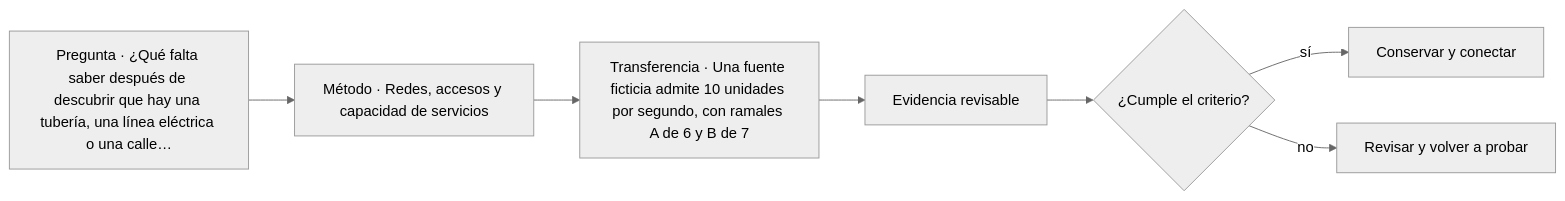
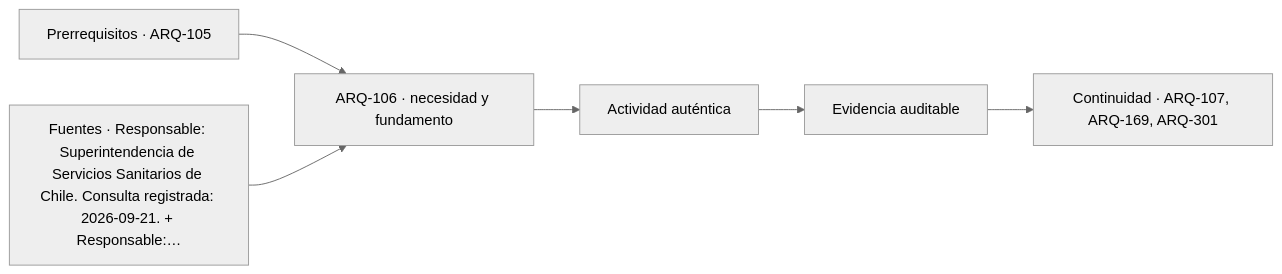
The diagram in classes/parte-11/ARQ-106.md (vladimiracunadev-create/architecture-built-environment-learning-program), drawn with Mermaid (neutral theme) before and after one commit. The commit also changed other lines of this file and 761 other files, not shown here.

````diff
--- a/classes/parte-11/ARQ-106.md
+++ b/classes/parte-11/ARQ-106.md
@@ -122,9 +134,8 @@
 ```mermaid
 flowchart LR
-    Q["Pregunta · ¿Qué falta saber después de descubrir que hay una tubería, una línea eléctrica o una calle…"] --> M["Método · Redes, accesos y capacidad de servicios"]
-    M --> P["Transferencia · Una fuente ficticia admite 10 unidades por segundo, con ramales A de 6 y B de 7"]
-    P --> E["Evidencia revisable"]
-    E --> C{"¿Cumple el criterio?"}
-    C -->|sí| T["Conservar y conectar"]
-    C -->|no| R["Revisar y volver a probar"]
+    A["Prerrequisitos · ARQ-105"] --> B["ARQ-106 · necesidad y fundamento"]
+    S["Fuentes · Responsable: Superintendencia de Servicios Sanitarios de Chile. Consulta registrada: 2026-09-21. + Responsable:…"] --> B
+    B --> C["Actividad auténtica"]
+    C --> D["Evidencia auditable"]
+    D --> E["Continuidad · ARQ-107, ARQ-169, ARQ-301"]
 ```
````
